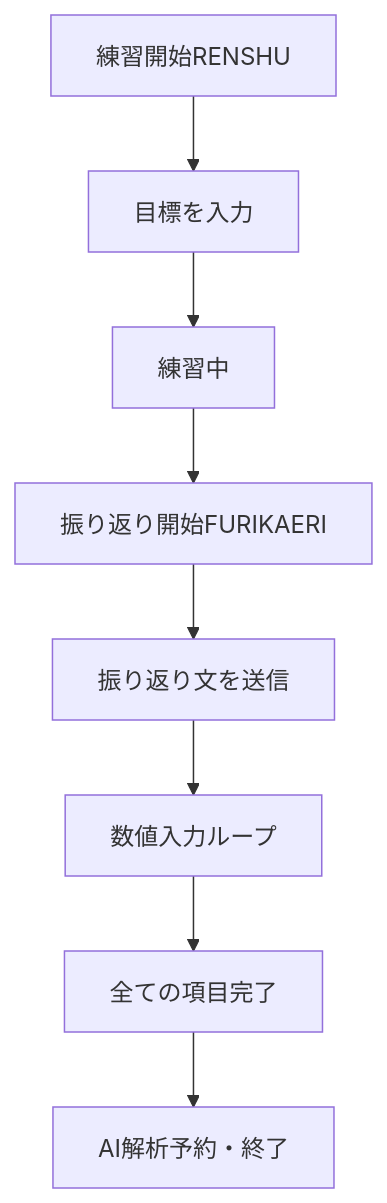
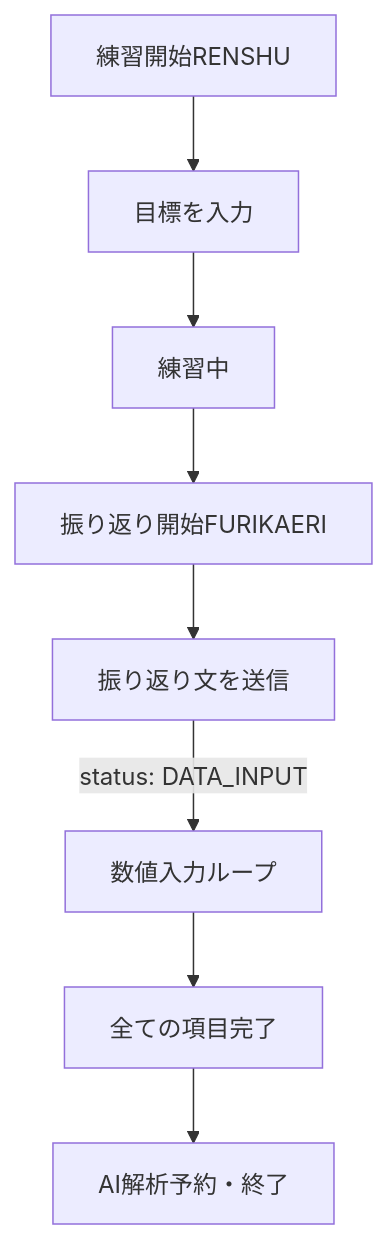
Before and after one commit to shumeshume/Naiguru_Insights: the diagram in Documents/line_flow_guide.md, drawn with Mermaid. The commit also changed 1 other file, not shown here.

Commit message:
fix: 数値が振り返り列(F列)を上書きする不具合を修正 (DATA_INPUTステータスの導入)

````diff
--- a/Documents/line_flow_guide.md
+++ b/Documents/line_flow_guide.md
@@ -10,10 +10,10 @@
 ```mermaid
 graph TD
     A[練習開始RENSHU] --> B[目標を入力]
     B --> C[練習中]
     C --> D[振り返り開始FURIKAERI]
     D --> E[振り返り文を送信]
-    E --> F[数値入力ループ]
+    E -- status: DATA_INPUT --> F[数値入力ループ]
     F --> G[全ての項目完了]
     G --> H[AI解析予約・終了]
 ```
````
